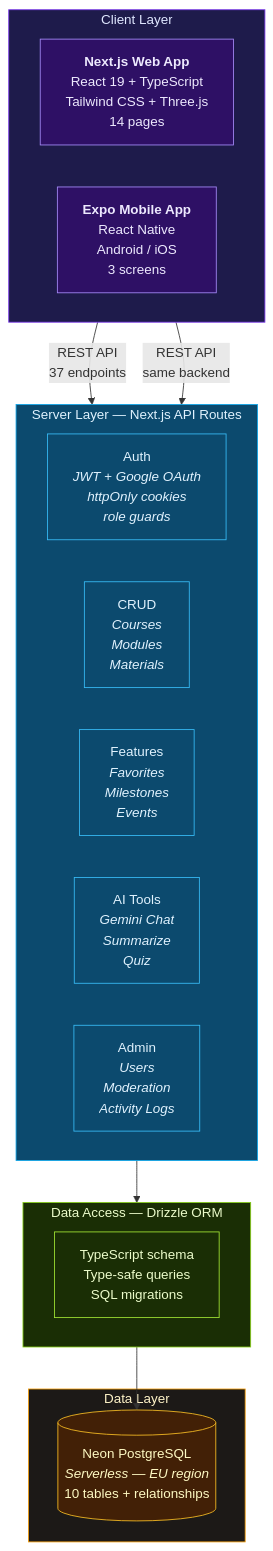
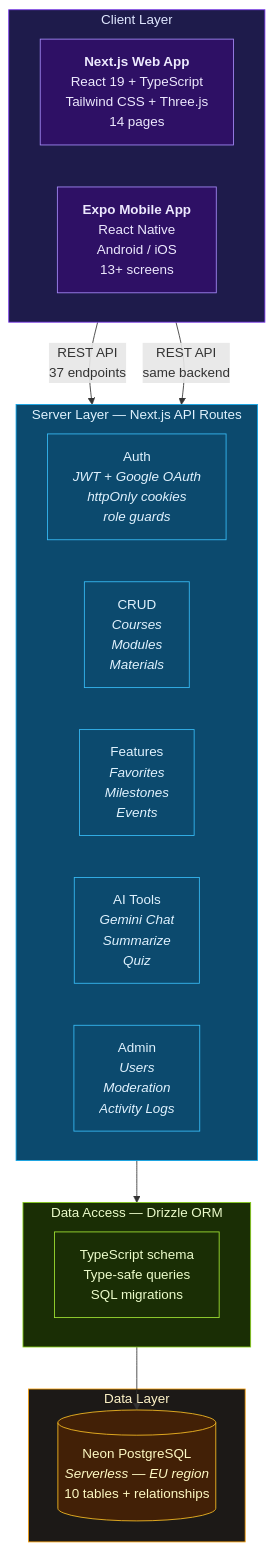
The first of 4 diagrams in README.md (mariva565/mariva565-full-stack-ai-capstone), drawn with Mermaid before and after one commit. The commit also changed other lines of this file and 8 other files, not shown here.

````diff
--- a/README.md
+++ b/README.md
@@ -90,44 +90,44 @@
 ```mermaid
 graph TB
     subgraph CLIENT["Client Layer"]
         direction LR
         WEB["<b>Next.js Web App</b><br/>React 19 + TypeScript<br/>Tailwind CSS + Three.js<br/>14 pages"]
-        MOBILE["<b>Expo Mobile App</b><br/>React Native<br/>Android / iOS<br/>3 screens"]
+        MOBILE["<b>Expo Mobile App</b><br/>React Native<br/>Android / iOS<br/>13+ screens"]
     end
 
     subgraph SERVER["Server Layer — Next.js API Routes"]
         direction LR
         AUTH["Auth<br/><i>JWT + Google OAuth</i><br/><i>httpOnly cookies</i><br/><i>role guards</i>"]
         CRUD["CRUD<br/><i>Courses</i><br/><i>Modules</i><br/><i>Materials</i>"]
         FEATURES["Features<br/><i>Favorites</i><br/><i>Milestones</i><br/><i>Events</i>"]
         AI["AI Tools<br/><i>Gemini Chat</i><br/><i>Summarize</i><br/><i>Quiz</i>"]
         ADMIN["Admin<br/><i>Users</i><br/><i>Moderation</i><br/><i>Activity Logs</i>"]
     end
 
     subgraph ORM["Data Access — Drizzle ORM"]
         DRIZZLE["TypeScript schema<br/>Type-safe queries<br/>SQL migrations"]
     end
 
     subgraph DATA["Data Layer"]
         DB[("Neon PostgreSQL<br/><i>Serverless — EU region</i><br/>10 tables + relationships")]
     end
 
     WEB -->|"REST API<br/>37 endpoints"| SERVER
     MOBILE -->|"REST API<br/>same backend"| SERVER
     SERVER --> ORM
     ORM --> DB
 
     style CLIENT fill:#1e1b4b,stroke:#7c3aed,color:#e0e7ff
     style SERVER fill:#0c4a6e,stroke:#0ea5e9,color:#e0f2fe
     style ORM fill:#1a2e05,stroke:#84cc16,color:#ecfccb
     style DATA fill:#1c1917,stroke:#f59e0b,color:#fef3c7
     style WEB fill:#2e1065,stroke:#a78bfa,color:#ede9fe
     style MOBILE fill:#2e1065,stroke:#a78bfa,color:#ede9fe
     style AUTH fill:#0c4a6e,stroke:#38bdf8,color:#e0f2fe
     style CRUD fill:#0c4a6e,stroke:#38bdf8,color:#e0f2fe
     style FEATURES fill:#0c4a6e,stroke:#38bdf8,color:#e0f2fe
     style AI fill:#0c4a6e,stroke:#38bdf8,color:#e0f2fe
     style ADMIN fill:#0c4a6e,stroke:#38bdf8,color:#e0f2fe
     style DRIZZLE fill:#1a2e05,stroke:#a3e635,color:#ecfccb
     style DB fill:#422006,stroke:#fbbf24,color:#fef9c3
 ```
````
